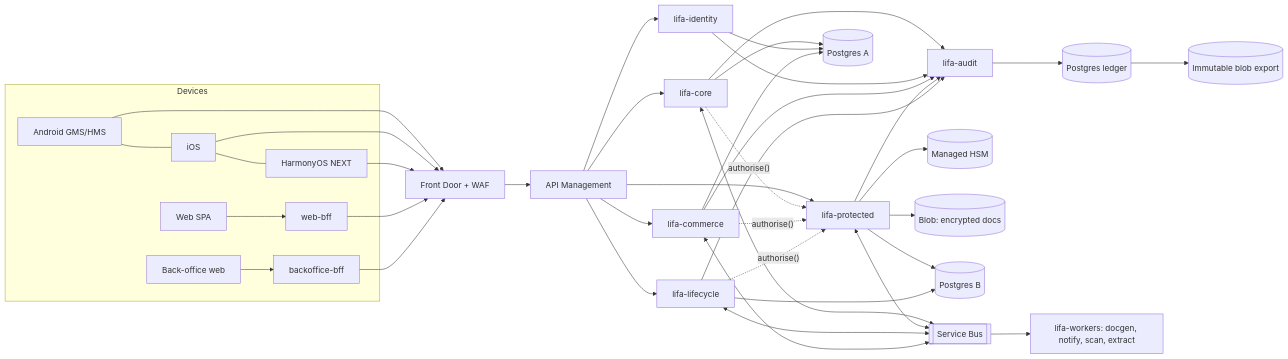
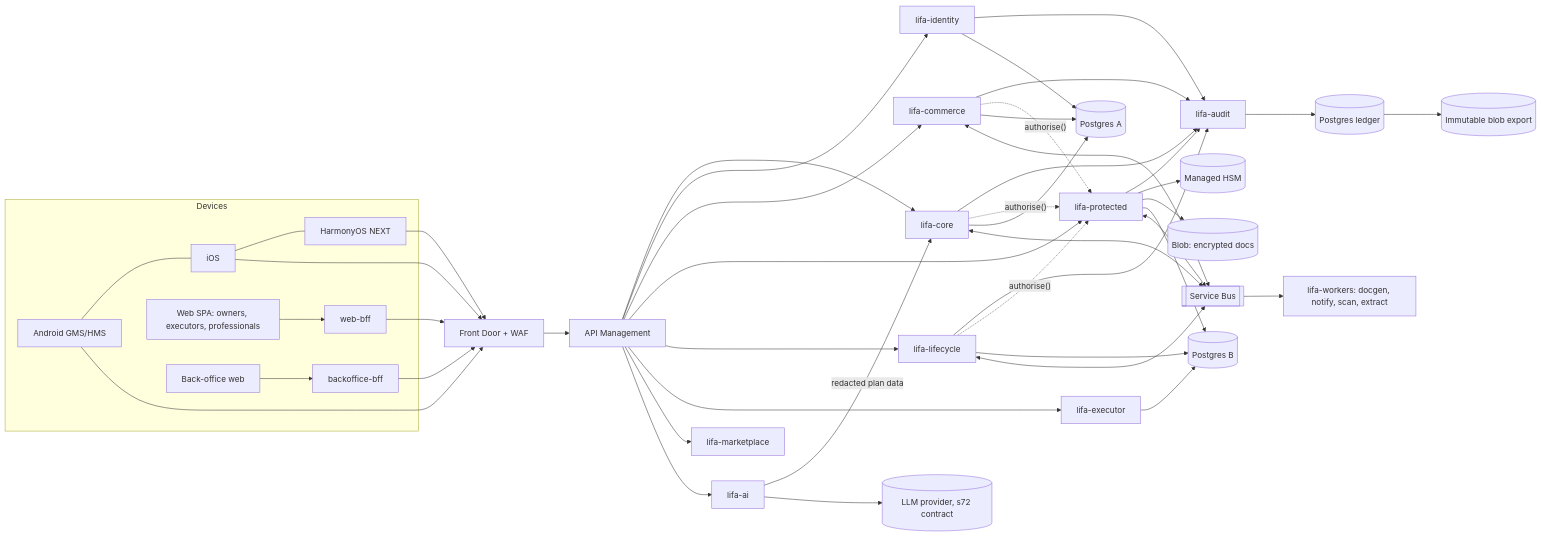
Before and after one commit to faztmobile/lifa: the diagram in docs/architecture/README.md, drawn with Mermaid. The commit also changed other lines of this file and 21 other files, not shown here.

````diff
--- a/docs/architecture/README.md
+++ b/docs/architecture/README.md
@@ -34,23 +34,29 @@
 ```mermaid
 flowchart LR
   subgraph Devices
     AND[Android GMS/HMS] --- IOS[iOS] --- HOS[HarmonyOS NEXT]
-    WEB[Web SPA] --> BFF[web-bff]
+    WEB[Web SPA: owners, executors, professionals] --> BFF[web-bff]
     BO[Back-office web] --> BOBFF[backoffice-bff]
   end
   AND & IOS & HOS & BFF & BOBFF --> FD[Front Door + WAF] --> APIM[API Management]
   APIM --> CORE[lifa-core]
   APIM --> ID[lifa-identity]
   APIM --> COM[lifa-commerce]
   APIM --> PROT[lifa-protected]
   APIM --> LIFE[lifa-lifecycle]
+  APIM --> EXE[lifa-executor]
+  APIM --> MKT[lifa-marketplace]
+  APIM --> AI[lifa-ai]
+  AI -->|redacted plan data| CORE
+  AI --> LLM[(LLM provider, s72 contract)]
+  EXE --> PGB
   CORE & ID & COM & PROT & LIFE --> AUD[lifa-audit]
   CORE & COM & LIFE -. "authorise()" .-> PROT
   PROT --> HSM[(Managed HSM)]
   PROT --> BLOB[(Blob: encrypted docs)]
   CORE & ID & COM --> PGA[(Postgres A)]
   PROT & LIFE --> PGB[(Postgres B)]
   AUD --> PGL[(Postgres ledger)] --> IMM[(Immutable blob export)]
   CORE & PROT & LIFE & COM <--> SB[[Service Bus]]
   SB --> WRK[lifa-workers: docgen, notify, scan, extract]
 ```
````
